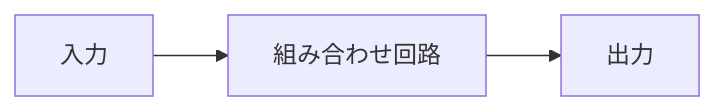
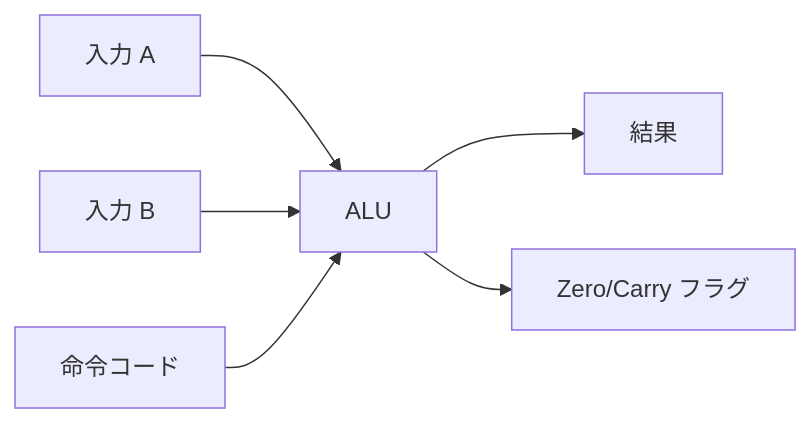
Before and after one commit to sokoide/tangnano_6502_cpu: the first of 6 diagrams in day02/README_ja.md, drawn with Mermaid. The commit also changed other lines of this file and 142 other files, not shown here.

````diff
--- a/day02/README_ja.md
+++ b/day02/README_ja.md
@@ -30,4 +25,8 @@
 ```mermaid
-flowchart LR
-  IN[入力] --> LOGIC[組み合わせ回路] --> OUT[出力]
+graph LR
+    A[入力 A] --> ALU
+    B[入力 B] --> ALU
+    OP[命令コード] --> ALU
+    ALU --> Result[結果]
+    ALU --> Flags[Zero/Carry フラグ]
 ```
````
